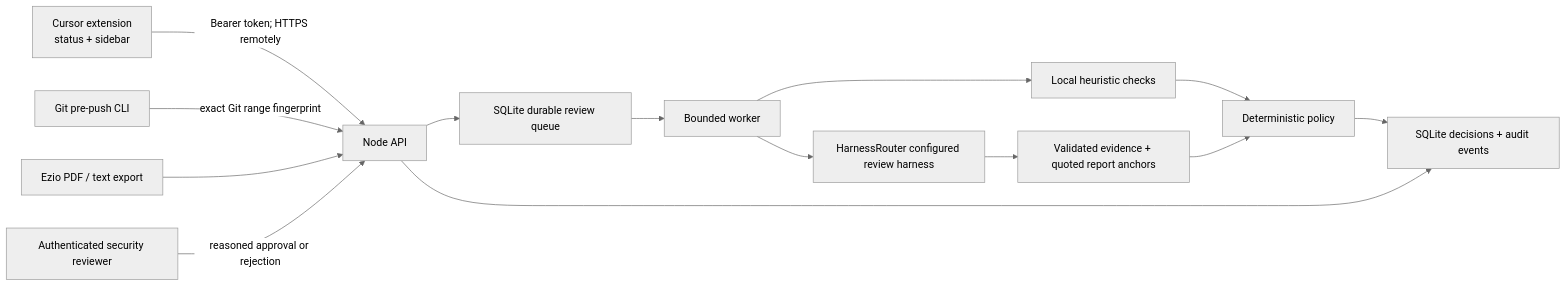
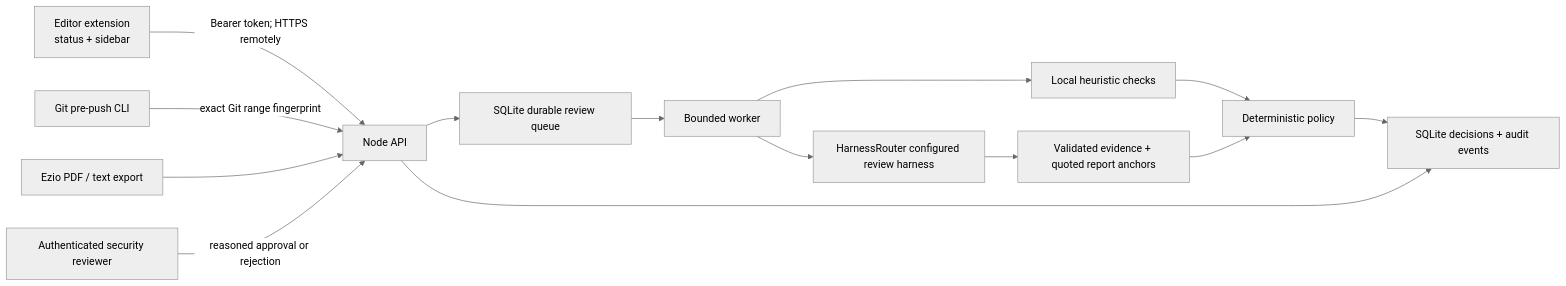
The diagram in docs/SYSTEM_DESIGN.md (shreyahegde12/Decision-Grade-AI), drawn with Mermaid (neutral theme) before and after one commit. The commit also changed other lines of this file and 16 other files, not shown here.

````diff
--- a/docs/SYSTEM_DESIGN.md
+++ b/docs/SYSTEM_DESIGN.md
@@ -13,16 +13,16 @@
 ```mermaid
 flowchart LR
-  C[Cursor extension\nstatus + sidebar] -->|Bearer token; HTTPS remotely| A[Node API]
+  C[Editor extension\nstatus + sidebar] -->|Bearer token; HTTPS remotely| A[Node API]
   G[Git pre-push CLI] -->|exact Git range fingerprint| A
   A --> Q[SQLite durable review queue]
   Q --> W[Bounded worker]
   W --> S[Local heuristic checks]
   W --> H[HarnessRouter configured review harness]
   P[Ezio PDF / text export] --> A
   H --> E[Validated evidence + quoted report anchors]
   S --> D[Deterministic policy]
   E --> D
   D --> DB[SQLite decisions + audit events]
   R[Authenticated security reviewer] -->|reasoned approval or rejection| A
   A --> DB
 ```
````
